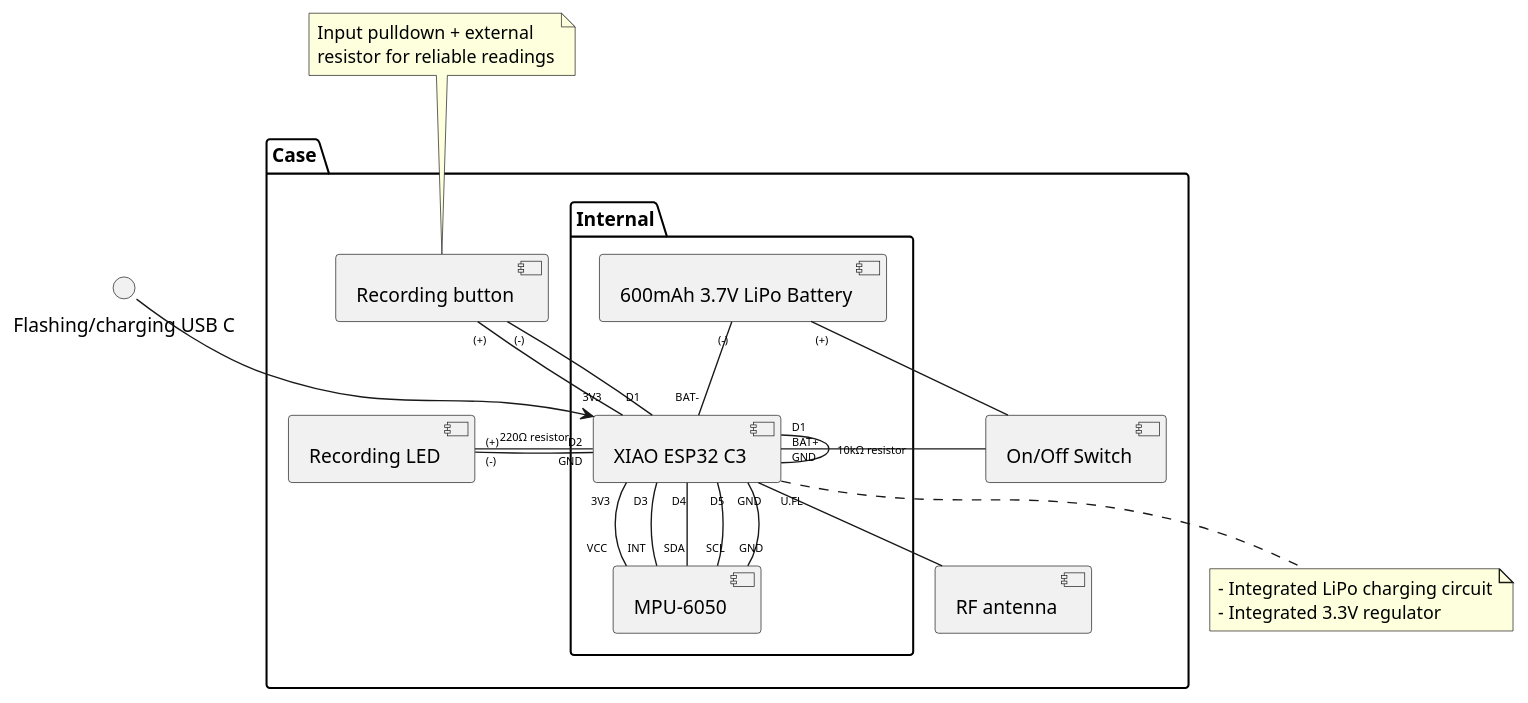
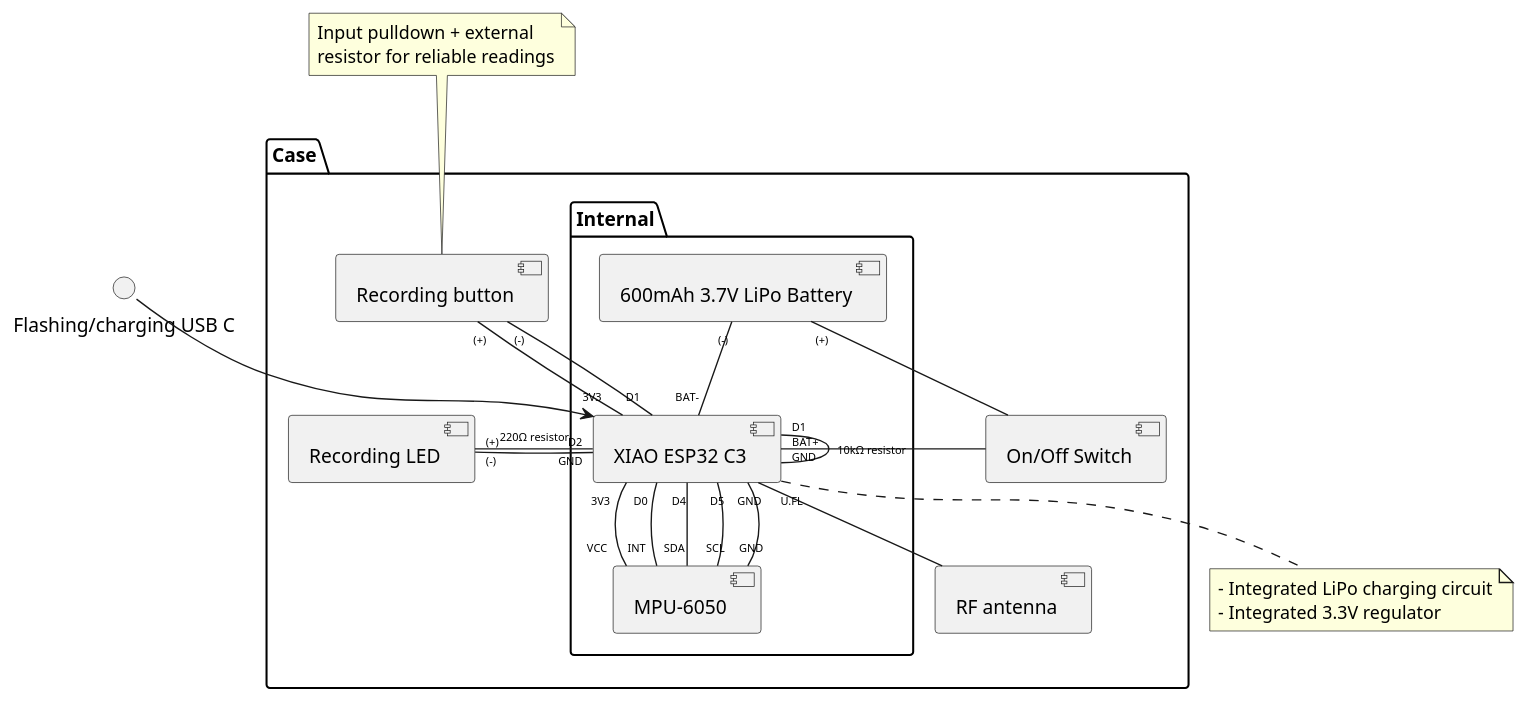
One commit to FedericoPacheco/gym-imu changed the diagram in docs/diagrams/wiring/xiao-esp32-c3/schematic.puml. Above: the diagram before and after it, drawn with PlantUML. The commit also changed 3 other files, not shown here.

```diff
--- a/docs/diagrams/wiring/xiao-esp32-c3/schematic.puml
+++ b/docs/diagrams/wiring/xiao-esp32-c3/schematic.puml
@@ -3,53 +3,53 @@
 @startuml New Schematic
 ' Smaller arrow labels to reduce collisions
 skinparam ArrowFontSize 8 
 
 package "Case" {
     package "Internal" {
         component [600mAh 3.7V LiPo Battery] as battery
         component [XIAO ESP32 C3] as microcontroller
         component [MPU-6050] as sensor
     }
     ' package "Surface" {
         component [On/Off Switch] as switch 
         component [RF antenna] as antenna
         component [Recording button] as button
         component [Recording LED] as led
     ' }
 }
 
 ' Power
 battery "(+)" -- switch
 switch -- "BAT+" microcontroller
 battery "(-)" -- "BAT-" microcontroller
 
 note bottom of microcontroller
   - Integrated LiPo charging circuit
   - Integrated 3.3V regulator
 end note
 
 ' Microcontroller + IMU
 microcontroller "3V3" -- "VCC" sensor
-microcontroller "D3" -- "INT" sensor
+microcontroller "D0" -- "INT" sensor
 microcontroller "D4" -- "SDA" sensor
 microcontroller "D5" -- "SCL" sensor
 microcontroller "GND" -- "GND" sensor
 "Flashing/charging USB C" --> microcontroller
 
 ' Movement recording
 button "(+)"-right- "3V3" microcontroller
 button "(-)" -right- "D1" microcontroller
 microcontroller "D1" -- "GND" microcontroller: 10kΩ resistor
 led "(+)" -right- "D2" microcontroller: 220Ω resistor
 led "(-)" -right- "GND" microcontroller
 
 note top of button
     Input pulldown + external 
     resistor for reliable readings
 end note
 button -[hidden]- led
 
 ' BLE 
 microcontroller "U.FL" -- antenna
 
 @enduml
```
